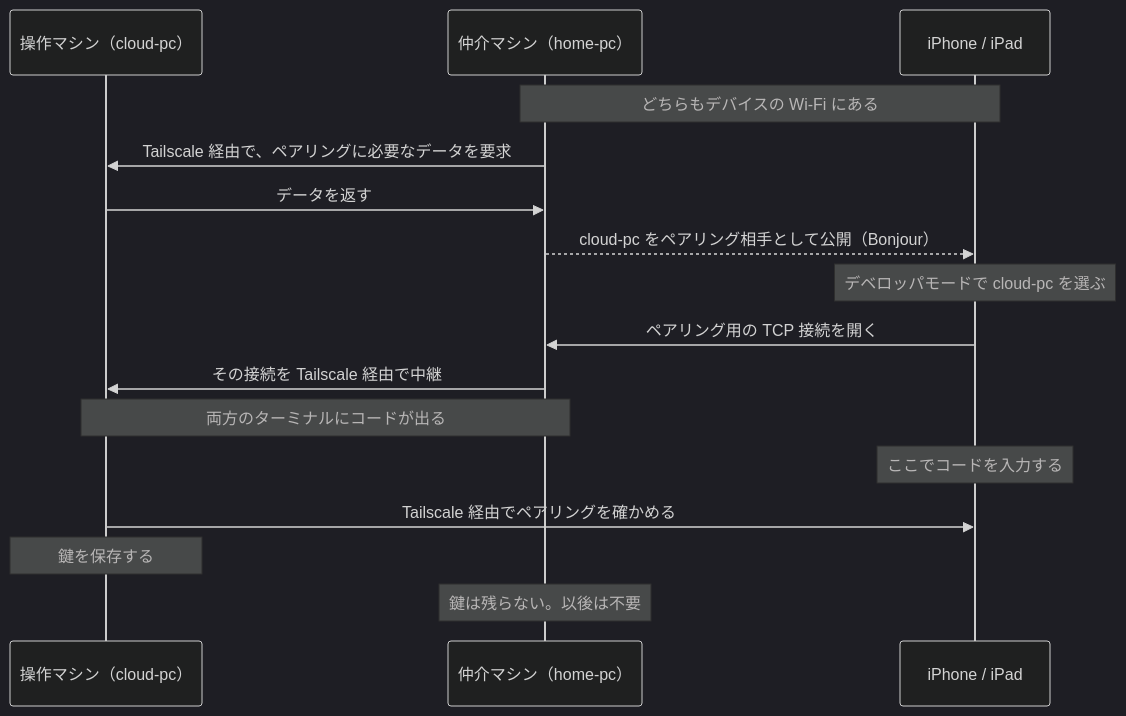
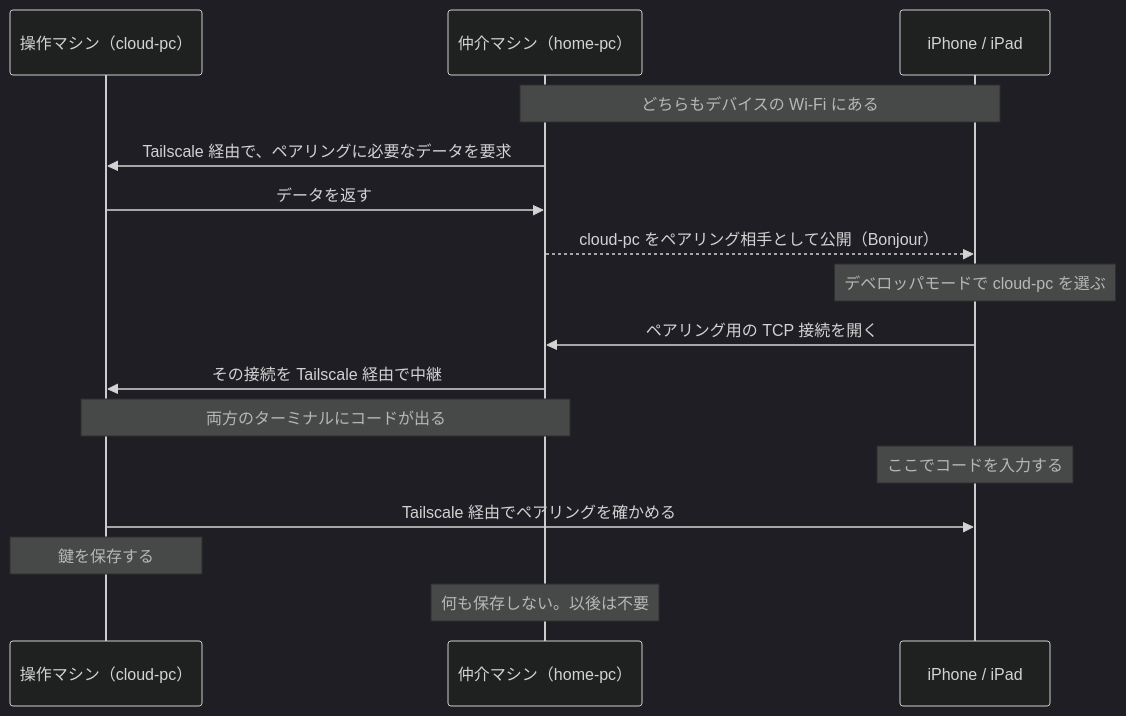
Before and after one commit to mh-mobile/RoamRun: the second of 3 diagrams in Rust/roamrunctl/README.ja.md, drawn with Mermaid (dark theme). The commit also changed other lines of this file and 50 other files, not shown here.

````diff
--- a/Rust/roamrunctl/README.ja.md
+++ b/Rust/roamrunctl/README.ja.md
@@ -119,18 +119,18 @@
 ```mermaid
 sequenceDiagram
   participant U as 操作マシン（cloud-pc）
   participant N as 仲介マシン（home-pc）
   participant D as iPhone / iPad
   Note over N,D: どちらもデバイスの Wi-Fi にある
   N->>U: Tailscale 経由で、ペアリングに必要なデータを要求
   U->>N: データを返す
   N-->>D: cloud-pc をペアリング相手として公開（Bonjour）
   Note over D: デベロッパモードで cloud-pc を選ぶ
   D->>N: ペアリング用の TCP 接続を開く
   N->>U: その接続を Tailscale 経由で中継
   Note over U,N: 両方のターミナルにコードが出る
   Note over D: ここでコードを入力する
   U->>D: Tailscale 経由でペアリングを確かめる
   Note over U: 鍵を保存する
-  Note over N: 鍵は残らない。以後は不要
+  Note over N: 何も保存しない。以後は不要
 ```
````
